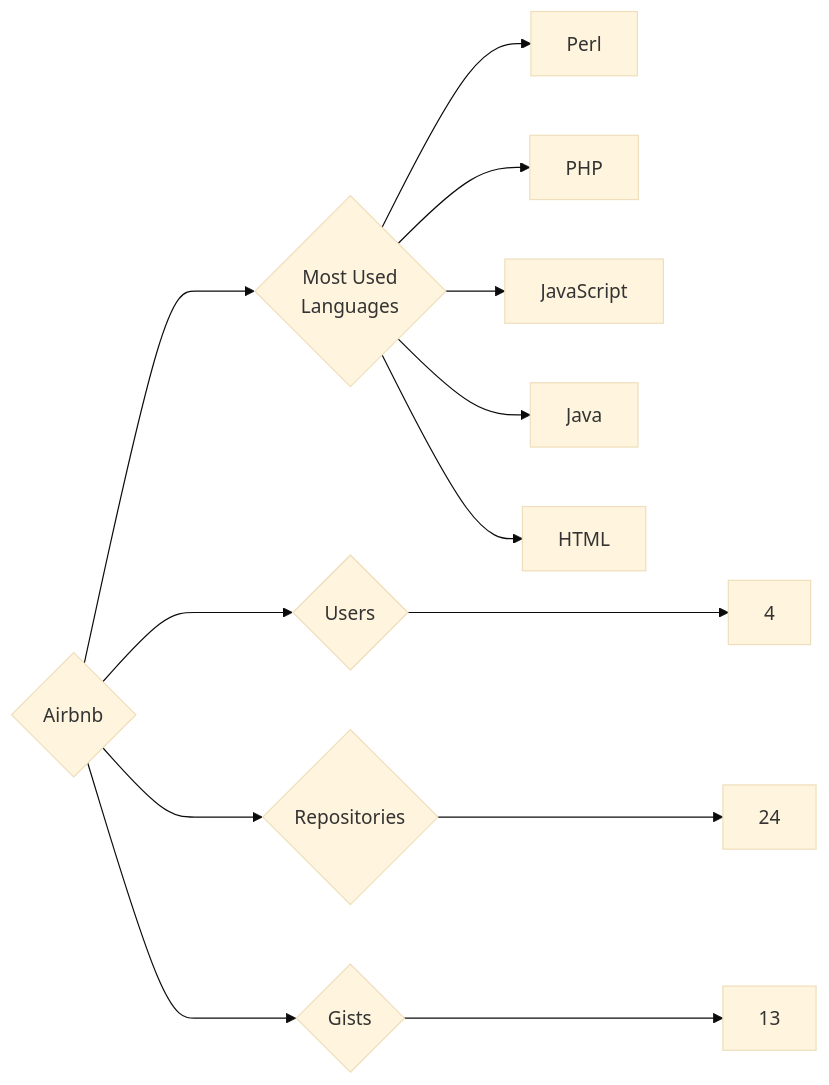
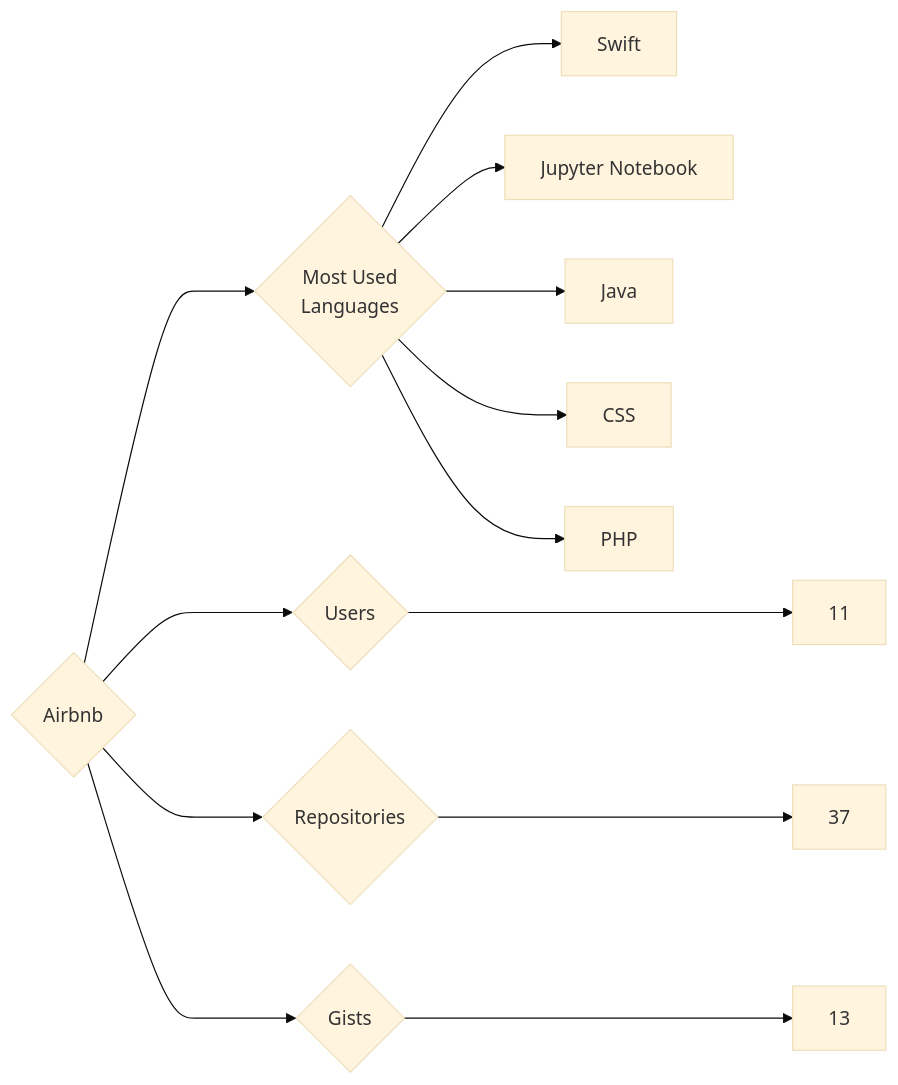
Before and after one commit to trickest/insiders: the diagram in targets/Airbnb/README.md, drawn with Mermaid (base theme). The commit also changed 1149 other files, not shown here.

````diff
--- a/targets/Airbnb/README.md
+++ b/targets/Airbnb/README.md
@@ -3,13 +3,13 @@
 ```mermaid
 graph LR
 COMPANY_NAME{Airbnb}
-COMPANY_NAME ---> U{Users} ---> UN[4]
-COMPANY_NAME ---> R{Repositories} ---> RN[24]
+COMPANY_NAME ---> U{Users} ---> UN[11]
+COMPANY_NAME ---> R{Repositories} ---> RN[37]
 COMPANY_NAME ---> G{Gists} ---> GN[13]
 COMPANY_NAME ---> ML{Most Used<br>Languages}
-ML --> Perl[Perl]
+ML --> Swift[Swift]
+ML --> Jupyter_Notebook[Jupyter Notebook]
+ML --> Java[Java]
+ML --> CSS[CSS]
 ML --> PHP[PHP]
-ML --> JavaScript[JavaScript]
-ML --> Java[Java]
-ML --> HTML[HTML]
 ```
````
